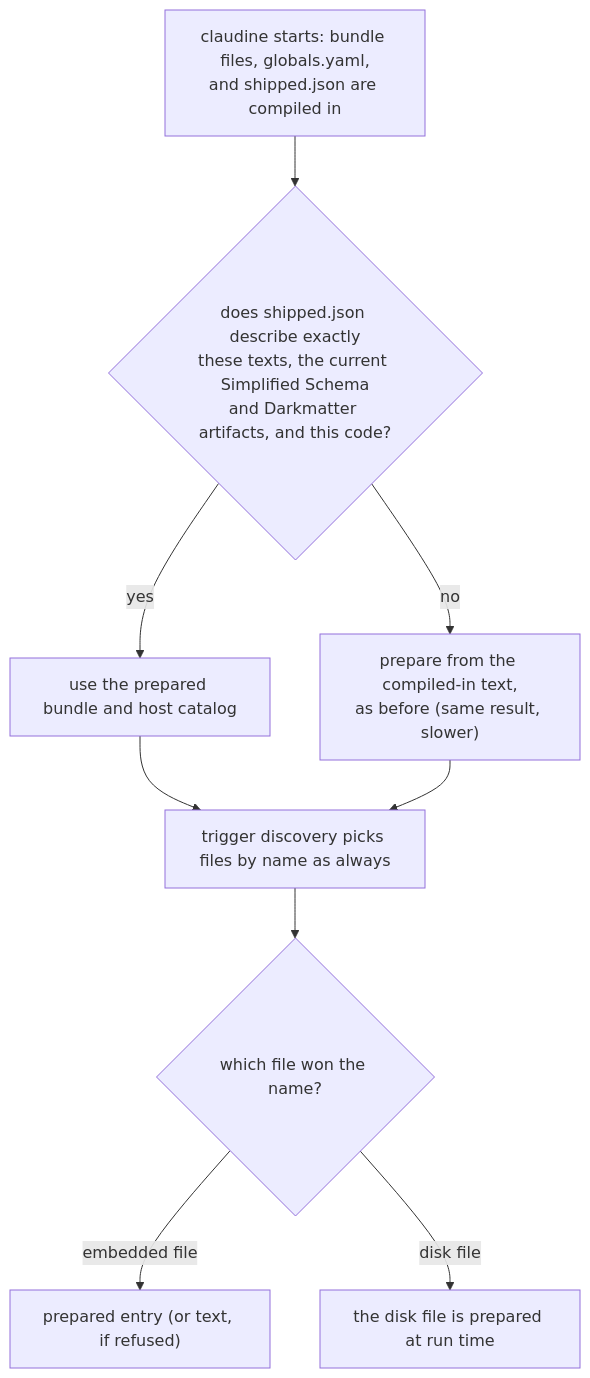
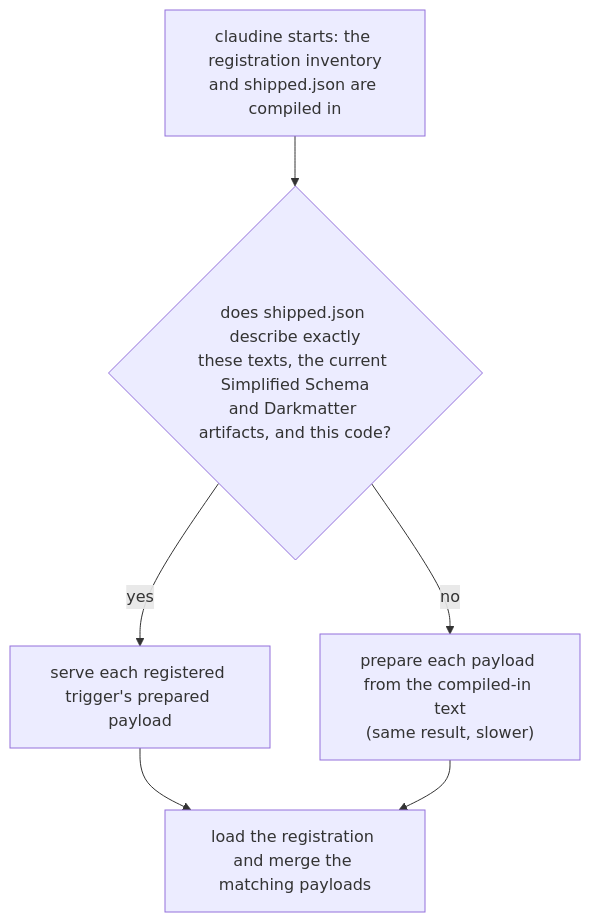
Before and after one commit to yankeeinlondon/rusty-biscuit: the fourth of 5 diagrams in claudine/docs/topics/schemas.md, drawn with Mermaid. The commit also changed other lines of this file and 139 other files, not shown here.

First line of the commit message:
feat(claudine): publish registered host schemas

````diff
--- a/claudine/docs/topics/schemas.md
+++ b/claudine/docs/topics/schemas.md
@@ -1261,11 +1290,8 @@
 ```mermaid
 flowchart TD
-    B["claudine starts: bundle files, globals.yaml,<br/>and shipped.json are compiled in"] --> H{"does shipped.json describe exactly<br/>these texts, the current Simplified Schema<br/>and Darkmatter artifacts, and this code?"}
-    H -- yes --> U["use the prepared bundle and host catalog"]
-    H -- no --> T["prepare from the compiled-in text,<br/>as before (same result, slower)"]
-    U --> D["trigger discovery picks files by name as always"]
+    B["claudine starts: the registration inventory<br/>and shipped.json are compiled in"] --> H{"does shipped.json describe exactly<br/>these texts, the current Simplified Schema<br/>and Darkmatter artifacts, and this code?"}
+    H -- yes --> U["serve each registered trigger's prepared payload"]
+    H -- no --> T["prepare each payload from the compiled-in text<br/>(same result, slower)"]
+    U --> D["load the registration and merge the matching payloads"]
     T --> D
-    D --> W{"which file won the name?"}
-    W -- "embedded file" --> P["prepared entry (or text, if refused)"]
-    W -- "disk file" --> R["the disk file is prepared at run time"]
 ```
````
